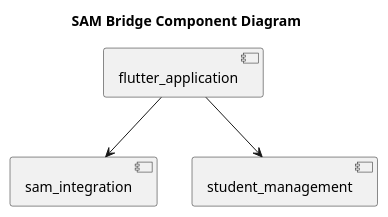
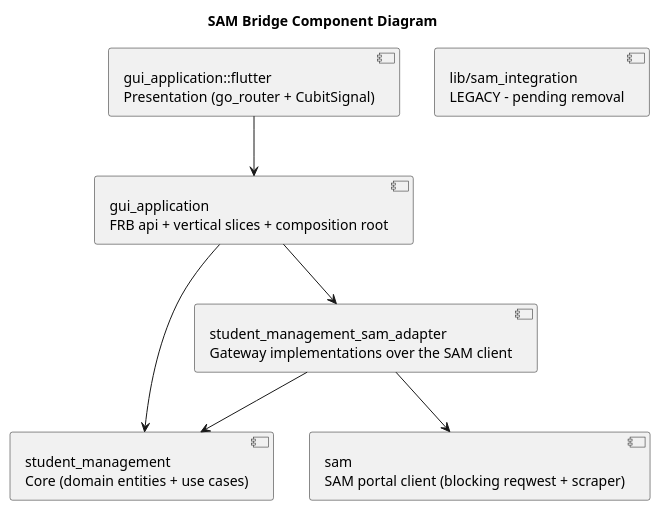
Before and after one commit to GabrielVander/sam-bridge: the diagram in README.md, drawn with PlantUML. The commit also changed other lines of this file, not shown here.

````diff
--- a/README.md
+++ b/README.md
@@ -28,14 +17,18 @@
 ```plantuml
 @startuml
 title SAM Bridge Component Diagram
 
-component "flutter_application" as flutter_app
+component "gui_application::flutter\nPresentation (go_router + CubitSignal)" as ui
+component "gui_application\nFRB api + vertical slices + composition root" as app
+component "student_management\nCore (domain entities + use cases)" as core
+component "student_management_sam_adapter\nGateway implementations over the SAM client" as adapter
+component "sam\nSAM portal client (blocking reqwest + scraper)" as sam
+component "lib/sam_integration\nLEGACY - pending removal" as legacy
 
-component "sam_integration" as sam
-
-component "student_management" as student_core
-
-flutter_app --> student_core
-flutter_app --> sam
+ui --> app
+app --> core
+app --> adapter
+adapter --> core
+adapter --> sam
 @enduml
 ```
````
